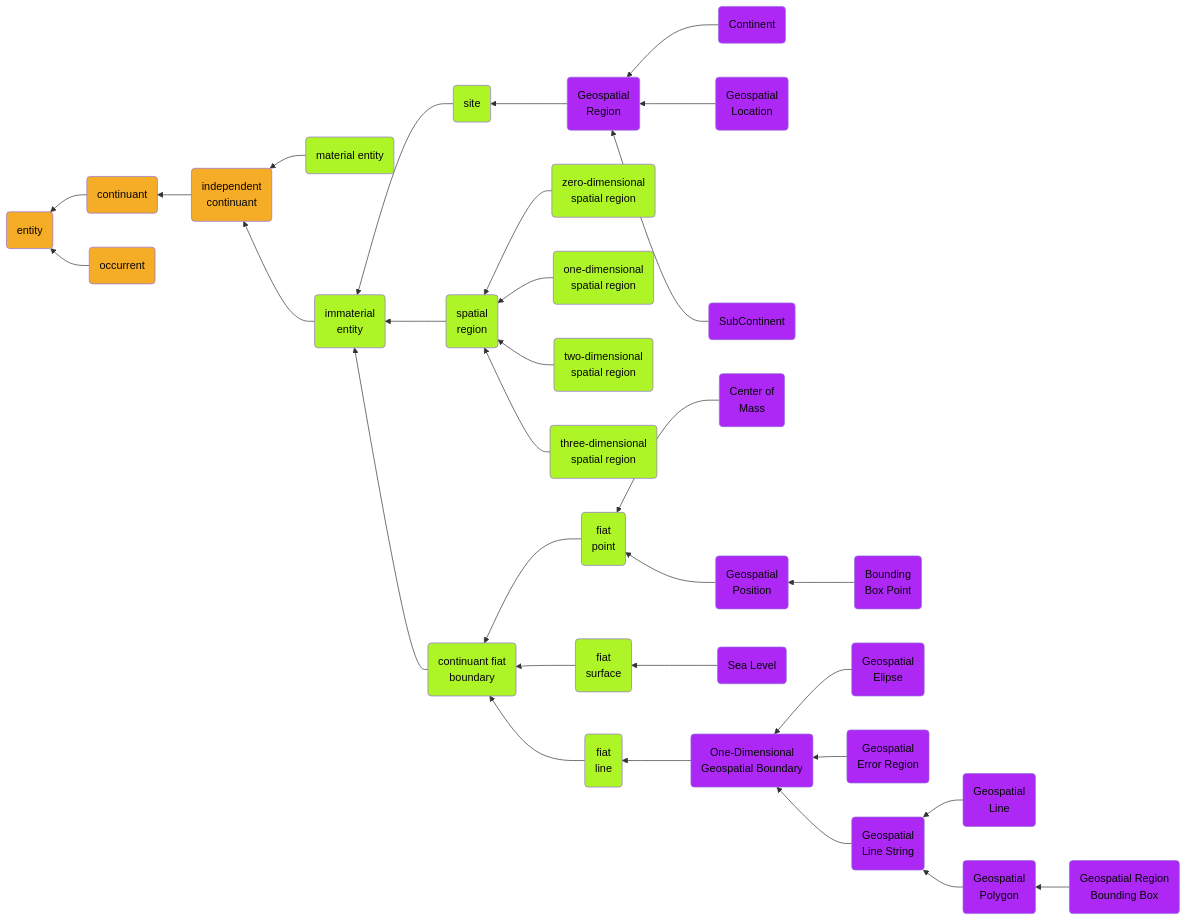
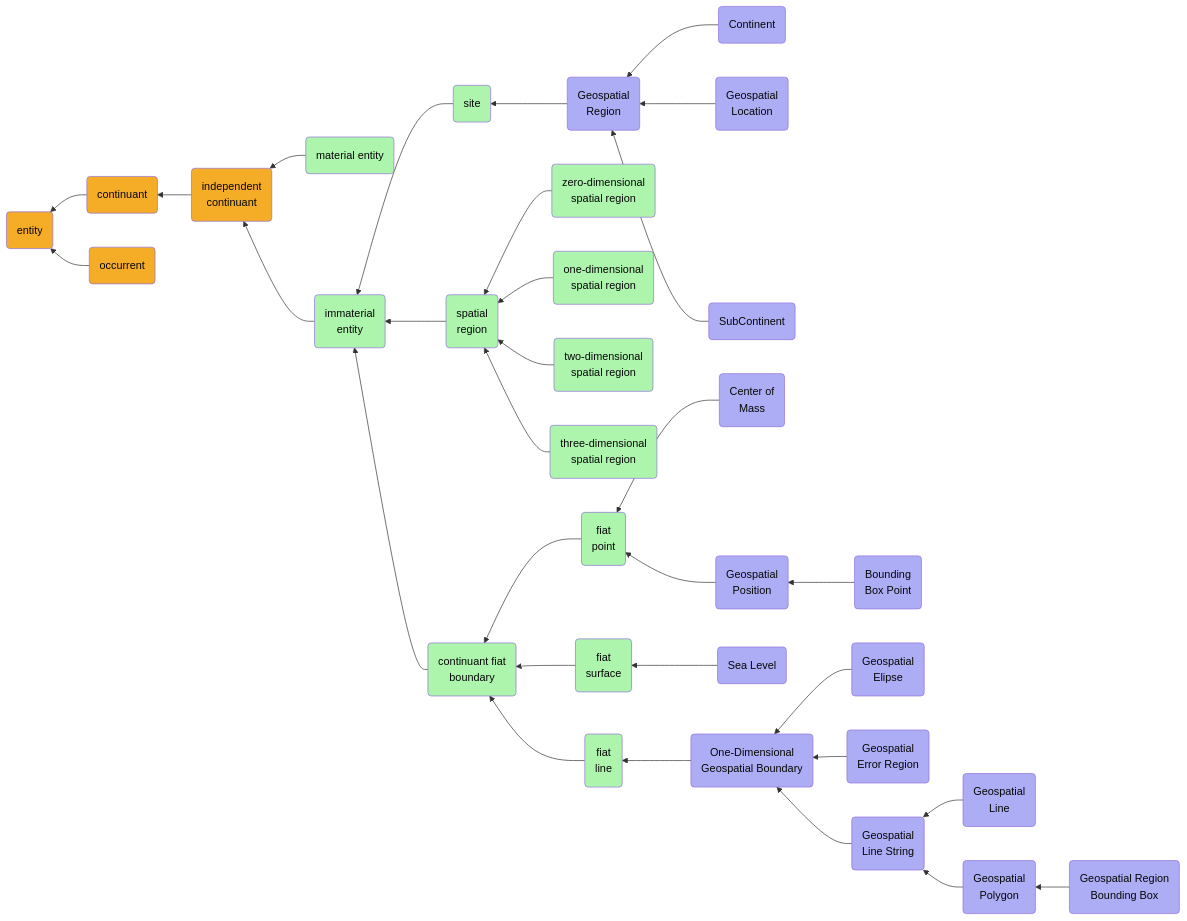
One commit to dr-shorthair/BFO-2020 changed the third of 3 diagrams in README.md. Above: the diagram before and after it, drawn with Mermaid. The commit also changed other lines of this file, not shown here.

Commit message:
Update README with new ontology diagrams and styles

````diff
--- a/README.md
+++ b/README.md
@@ -84,38 +112,38 @@
 ```mermaid
 graph RL
 	B(continuant):::BFO-->A(entity):::BFO
 	F(independent<br> continuant):::BFO-->B(continuant):::BFO
 	G(material entity):::IC-->F(independent<br> continuant):::BFO
 	H(immaterial<br> entity):::IC-->F(independent<br> continuant):::BFO
 	O(site):::IC-->H(immaterial<br> entity):::IC
 	O1(Geospatial<br>Region):::GS-->O(site):::IC
 	O11(Continent):::GS-->O1(Geospatial<br>Region):::GS
 	O12(Geospatial<br>Location):::GS-->O1(Geospatial<br>Region):::GS
 	O13(SubContinent):::GS-->O1(Geospatial<br>Region):::GS
 	P(spatial<br> region):::IC-->H(immaterial<br> entity):::IC
 	Q(continuant fiat<br> boundary):::IC-->H(immaterial<br> entity):::IC
 	R(fiat<br> point):::IC-->Q(continuant fiat<br> boundary):::IC
 	R1(Center of<br>Mass):::GS-->R(fiat<br> point):::IC
 	R2(Geospatial<br>Position):::GS-->R(fiat<br> point):::IC
 	R21(Bounding<br>Box Point):::GS-->R2(Geospatial<br>Position):::GS
 	S(fiat<br> surface):::IC-->Q(continuant fiat<br> boundary):::IC
 	S1(Sea Level):::GS-->S(fiat<br> surface):::IC
 	T(fiat<br> line):::IC-->Q(continuant fiat<br> boundary):::IC
 	T1(One-Dimensional<br>Geospatial Boundary):::GS-->T(fiat<br> line):::IC
 	T12(Geospatial<br>Elipse):::GS-->T1(One-Dimensional<br>Geospatial Boundary):::GS
 	T13(Geospatial<br>Error Region):::GS-->T1(One-Dimensional<br>Geospatial Boundary):::GS
 	T14(Geospatial<br>Line String):::GS-->T1(One-Dimensional<br>Geospatial Boundary):::GS
 	T141(Geospatial<br>Line):::GS-->T14(Geospatial<br>Line String):::GS
 	T142(Geospatial<br>Polygon):::GS-->T14(Geospatial<br>Line String):::GS
 	T1421(Geospatial Region<br>Bounding Box):::GS-->T142(Geospatial<br>Polygon):::GS
 	VD(zero-dimensional<br> spatial region):::IC-->P(spatial<br> region):::IC
 	U(one-dimensional<br> spatial region):::IC-->P(spatial<br> region):::IC
 	V(two-dimensional<br> spatial region):::IC-->P(spatial<br> region):::IC
 	W(three-dimensional<br> spatial region):::IC-->P(spatial<br> region):::IC
 	C(occurrent):::BFO-->A(entity):::BFO
 
     classDef BFO fill:#F5AD27,color:#060606
-    classDef IC fill:#ADF527,color:#060606
-    classDef GS fill:#AD27F5,color:#060606
+    classDef IC fill:#ADF5AD,color:#060606
+    classDef GS fill:#ADADF5,color:#060606
 
   ```
````
